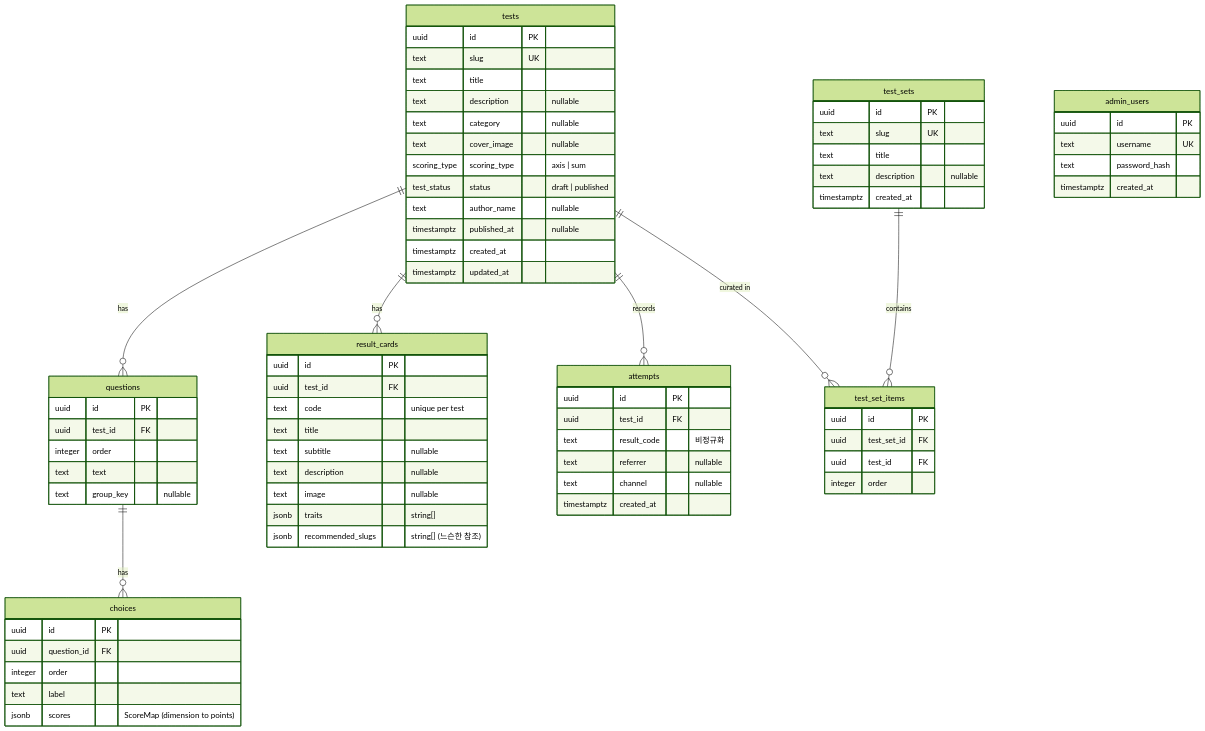
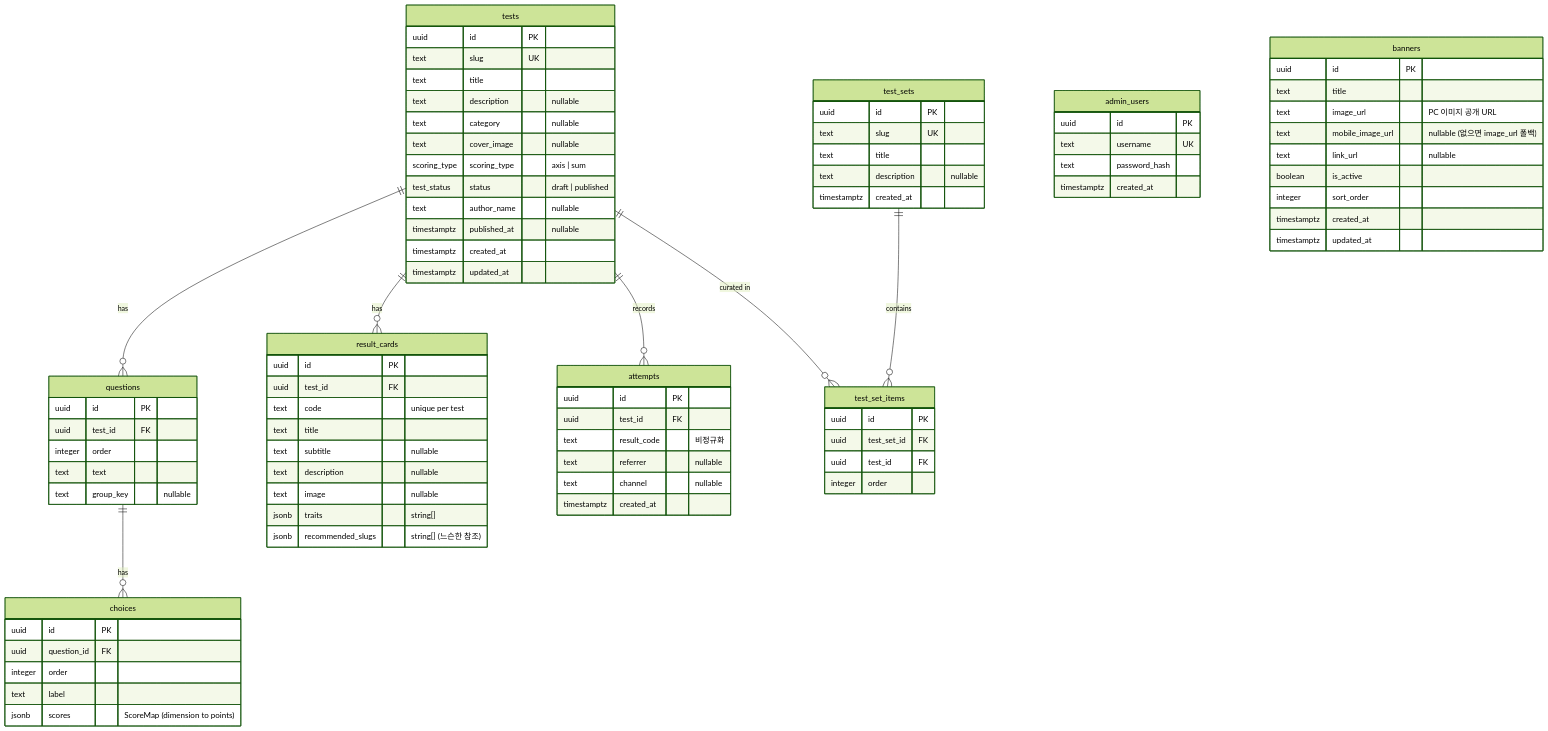
Before and after one commit to Raredoughnut/project-dt: the diagram in docs/ERD.md, drawn with Mermaid (forest theme). The commit also changed other lines of this file and 39 other files, not shown here.

````diff
--- a/docs/ERD.md
+++ b/docs/ERD.md
@@ -85,4 +85,16 @@
         text password_hash
         timestamptz created_at
     }
+
+    banners {
+        uuid id PK
+        text title
+        text image_url "PC 이미지 공개 URL"
+        text mobile_image_url "nullable (없으면 image_url 폴백)"
+        text link_url "nullable"
+        boolean is_active
+        integer sort_order
+        timestamptz created_at
+        timestamptz updated_at
+    }
 ```
````
